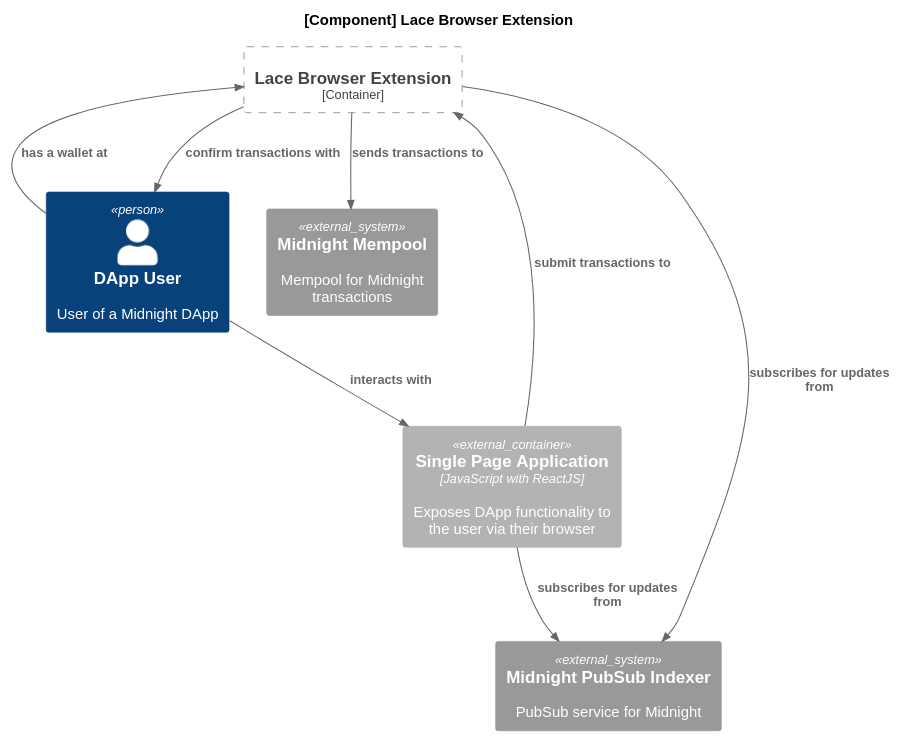
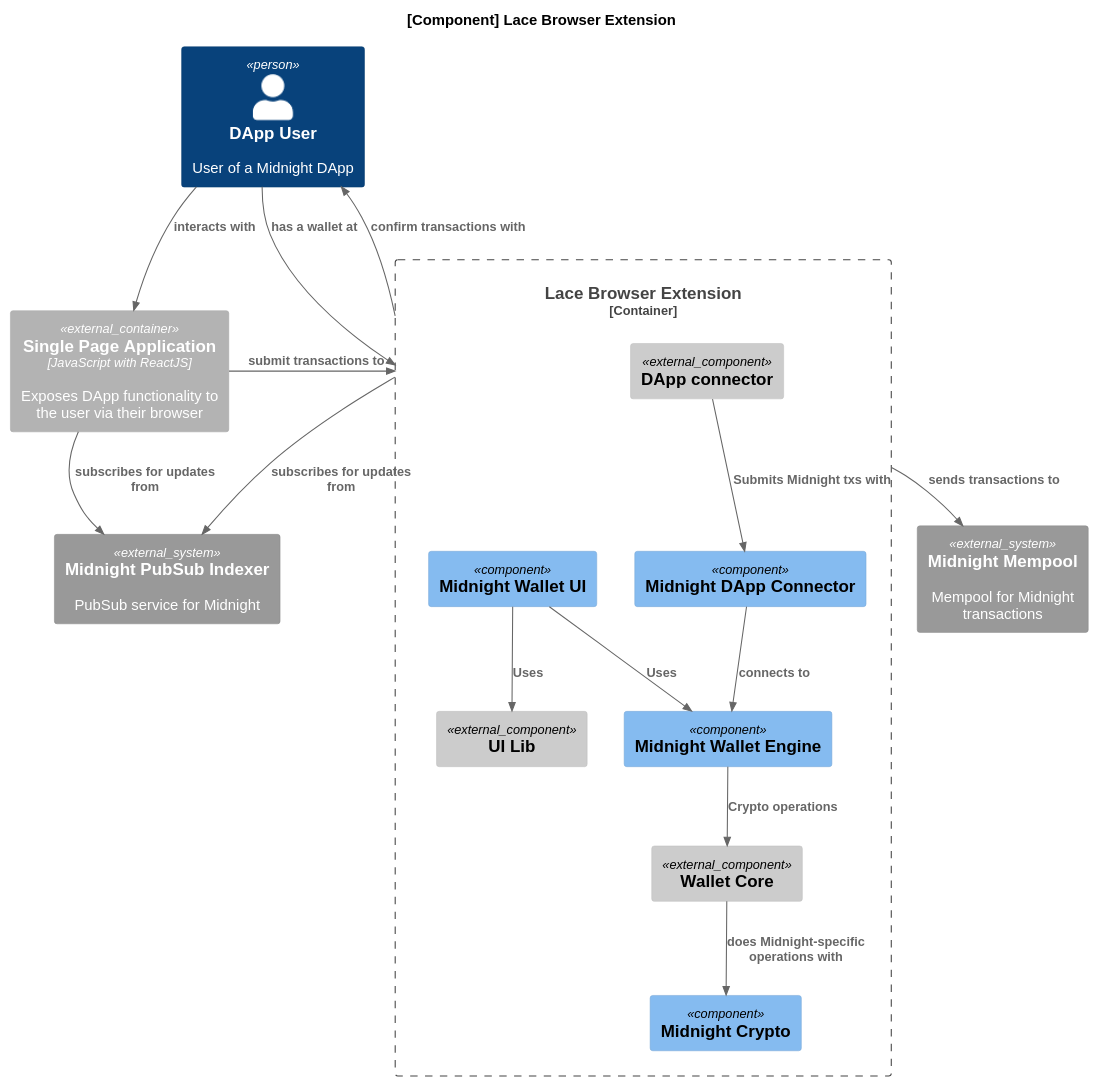
Before and after one commit to midnightntwrk/midnight-architecture: the diagram in dapp-arch-4.puml, drawn with PlantUML.

Commit message:
More work on component diagram

```diff
--- a/dapp-arch-4.puml
+++ b/dapp-arch-4.puml
@@ -1,31 +1,46 @@
 @startuml Component diagram for Lace Browser Extension
 
 !include https://raw.githubusercontent.com/plantuml-stdlib/C4-PlantUML/master/C4_Component.puml
 
 skinparam defaultFontName Liberation Sans
 
 title [Component] Lace Browser Extension
 
 Person(user, "DApp User", "User of a Midnight DApp")
 
 ' Container(extension, "Lace Browser Extension", "Chrome Extension", "Provides Light Wallet functionality to the user")
 Container_Boundary(extension, "Lace Browser Extension"){
-    
+  Component_Ext(walletCore, "Wallet Core")
+  Component_Ext(uiLib, "UI Lib")
+  Component_Ext(dappConnector, "DApp connector")
+
+  Component(walletUI, "Midnight Wallet UI")
+  Component(walletEngine, "Midnight Wallet Engine")
+  Component(midnightCrypto, "Midnight Crypto")
+  
+  Component(midnightDAppConnector, "Midnight DApp Connector")
+
+  Rel(walletEngine, walletCore, "Crypto operations")
+  Rel(walletCore, midnightCrypto, "does Midnight-specific operations with")
+  Rel(walletUI, uiLib, "Uses")
+  Rel(walletUI, walletEngine, "Uses")
+  Rel(dappConnector, midnightDAppConnector, "Submits Midnight txs with")
+  Rel(midnightDAppConnector, walletEngine, "connects to")
 }
 
 Container_Ext(spa, "Single Page Application", "JavaScript with ReactJS", "Exposes DApp functionality to the user via their browser")
 
 System_Ext(mempool, "Midnight Mempool", "Mempool for Midnight transactions")
 System_Ext(indexer, "Midnight PubSub Indexer", "PubSub service for Midnight")
 
 Rel(user, spa, "interacts with")
 Rel(user, extension, "has a wallet at")
 
 Rel(spa, extension, "submit transactions to")
 Rel(spa, indexer, "subscribes for updates from")
 
 Rel(extension, mempool, "sends transactions to")
 Rel(extension, user, "confirm transactions with")
 Rel(extension, indexer, "subscribes for updates from")
 
 @enduml
```
